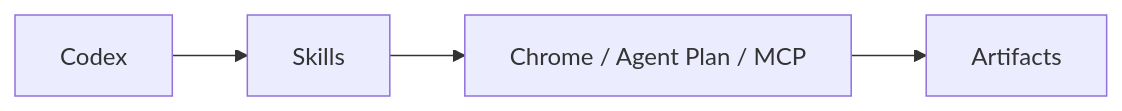
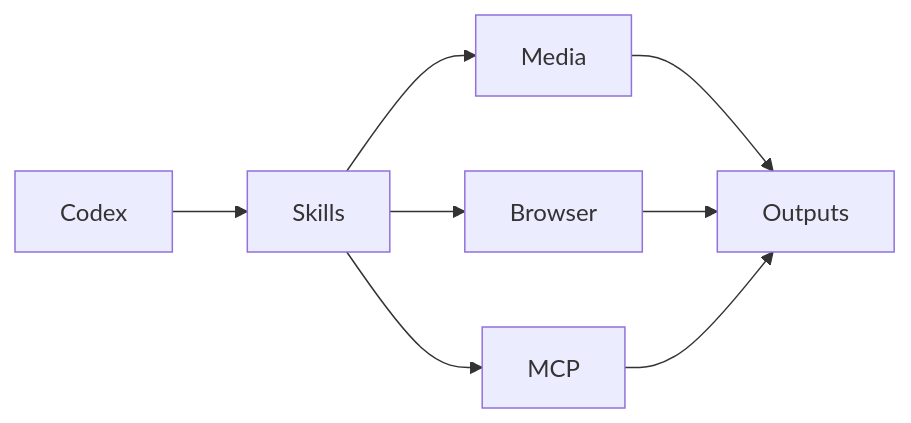
One commit to yuxuan6426/clipsignal changed the first of 9 diagrams in docs/diagrams.md. Above: the diagram before and after it, drawn with Mermaid. The commit also changed other lines of this file and 27 other files, not shown here.

Commit message:
Redraw ClipSignal imagery and tighten workflow diagrams

````diff
--- a/docs/diagrams.md
+++ b/docs/diagrams.md
@@ -12,4 +12,10 @@
 ```mermaid
 flowchart LR
-  system0["Codex"] --> system1["Skills"] --> system2["Chrome / Agent Plan / MCP"] --> system3["Artifacts"]
+  Codex --> Skills
+  Skills --> Media["Media"]
+  Skills --> Browser["Browser"]
+  Skills --> MCP
+  Media --> Outputs
+  Browser --> Outputs
+  MCP --> Outputs
 ```
````
